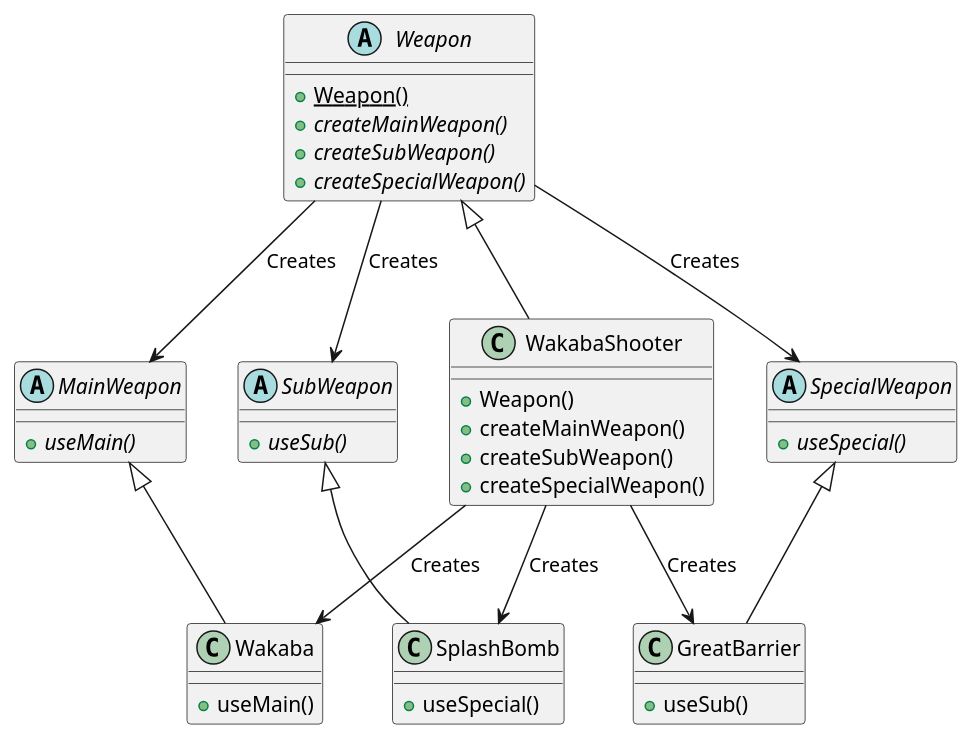
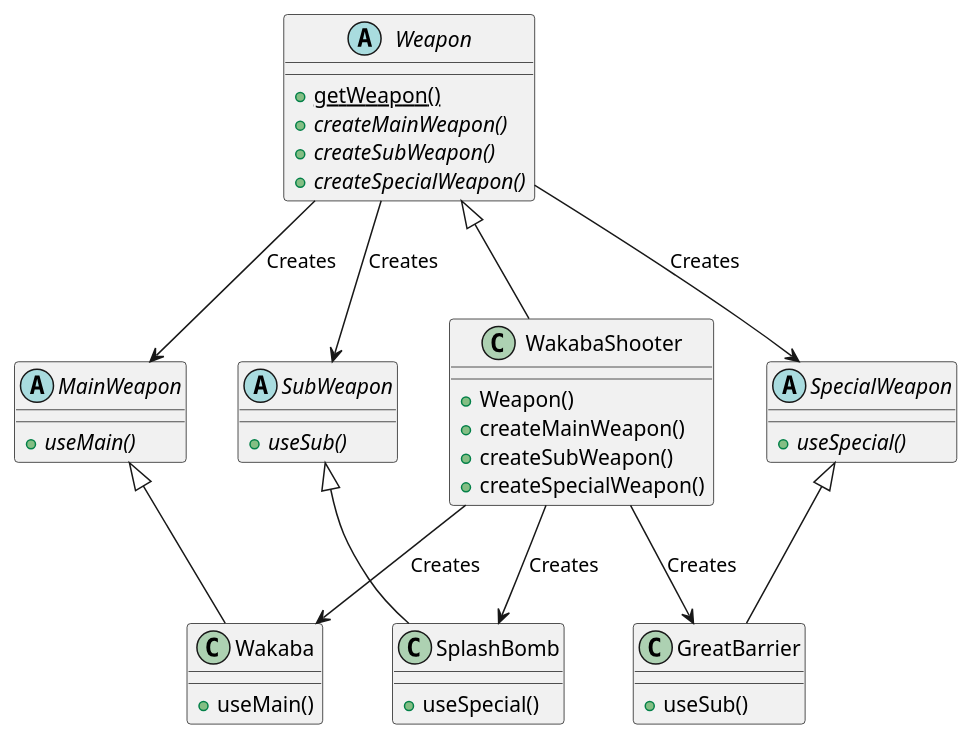
The diagram in UML/AbstractFactory.pu (zazazanoza/DesignPattern), drawn with PlantUML before and after one commit. The commit also changed 12 other files, not shown here.

```diff
--- a/UML/AbstractFactory.pu
+++ b/UML/AbstractFactory.pu
@@ -1,50 +1,50 @@
 @startuml abstractfactory
 
 abstract class MainWeapon{
     + {abstract} useMain()
 }
 
 abstract class SubWeapon{
     + {abstract} useSub()
 }
 
 abstract class SpecialWeapon{
     + {abstract} useSpecial()
 }
 
 abstract class Weapon{
-    + {static}Weapon()
+    + {static}getWeapon()
     + {abstract} createMainWeapon()
     + {abstract}  createSubWeapon()
     + {abstract}  createSpecialWeapon()
 }
 
 Weapon --> MainWeapon : Creates
 Weapon --> SubWeapon : Creates
 Weapon --> SpecialWeapon : Creates
 
 
 class Wakaba extends MainWeapon {
     + useMain()
 }
 
 class GreatBarrier extends SpecialWeapon{
     + useSub()
 }
 
 class SplashBomb extends SubWeapon{
     + useSpecial()
 }
 
 class WakabaShooter extends Weapon{
     + Weapon()
     + createMainWeapon()
     + createSubWeapon()
     + createSpecialWeapon()
 }
 
 WakabaShooter --> Wakaba : Creates
 WakabaShooter --> SplashBomb : Creates
 WakabaShooter --> GreatBarrier : Creates
 
 @enduml
```
